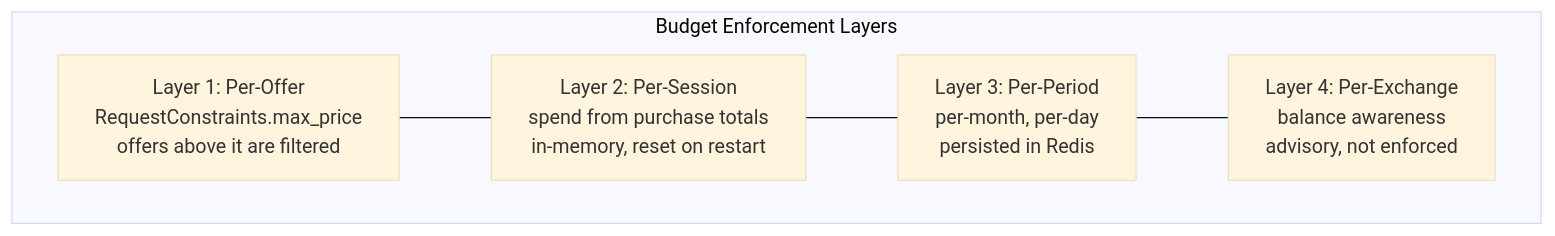
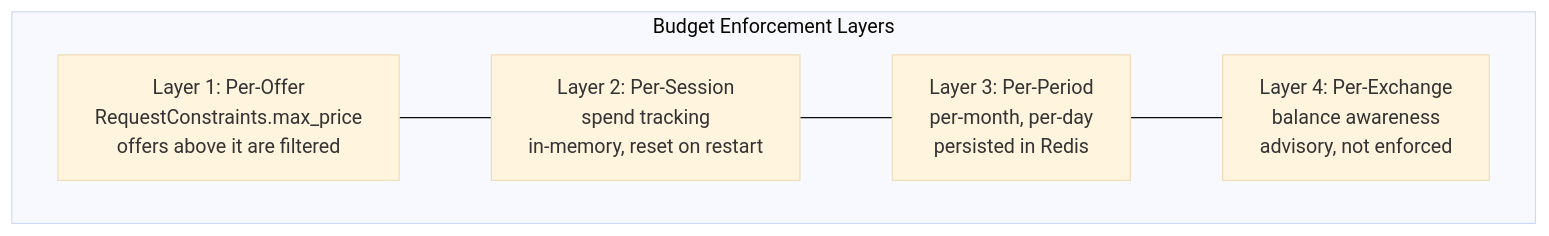
One commit to FORA-Protocol/protocol changed the diagram in website/src/content/docs/components/broker/budget-enforcement.mdx. Above: the diagram before and after it, drawn with Mermaid (base theme). The commit also changed other lines of this file and 42 other files, not shown here.

````diff
--- a/website/src/content/docs/components/broker/budget-enforcement.mdx
+++ b/website/src/content/docs/components/broker/budget-enforcement.mdx
@@ -17,13 +17,13 @@
 ```mermaid
 graph TB
     subgraph "Budget Enforcement Layers"
         L1[Layer 1: Per-Offer<br/>RequestConstraints.max_price<br/>offers above it are filtered]
-        L2[Layer 2: Per-Session<br/>spend from purchase totals<br/>in-memory, reset on restart]
+        L2[Layer 2: Per-Session<br/>spend tracking<br/>in-memory, reset on restart]
         L3[Layer 3: Per-Period<br/>per-month, per-day<br/>persisted in Redis]
         L4[Layer 4: Per-Exchange<br/>balance awareness<br/>advisory, not enforced]
     end
 
     L1 --- L2
     L2 --- L3
     L3 --- L4
 ```
````
